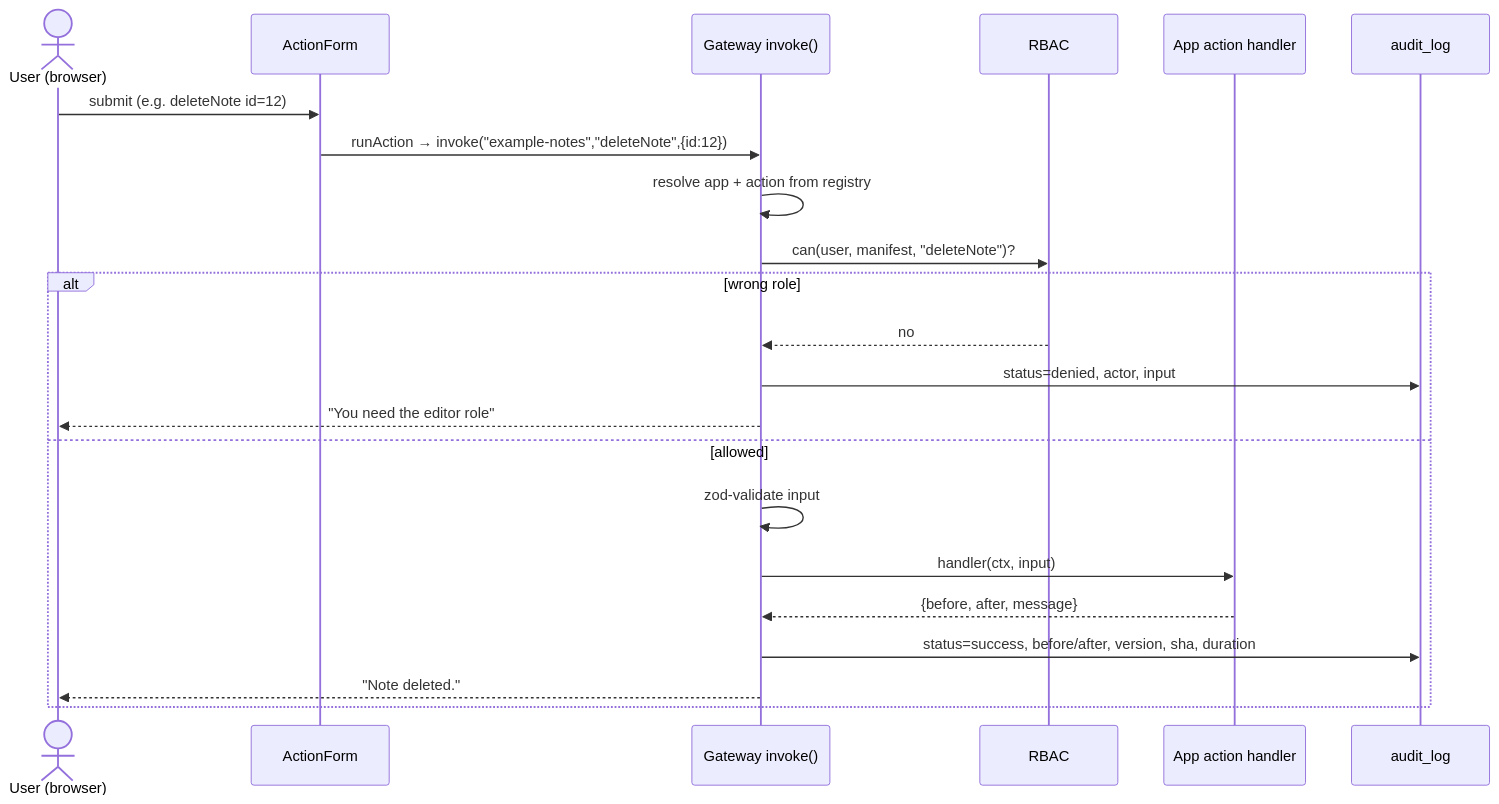
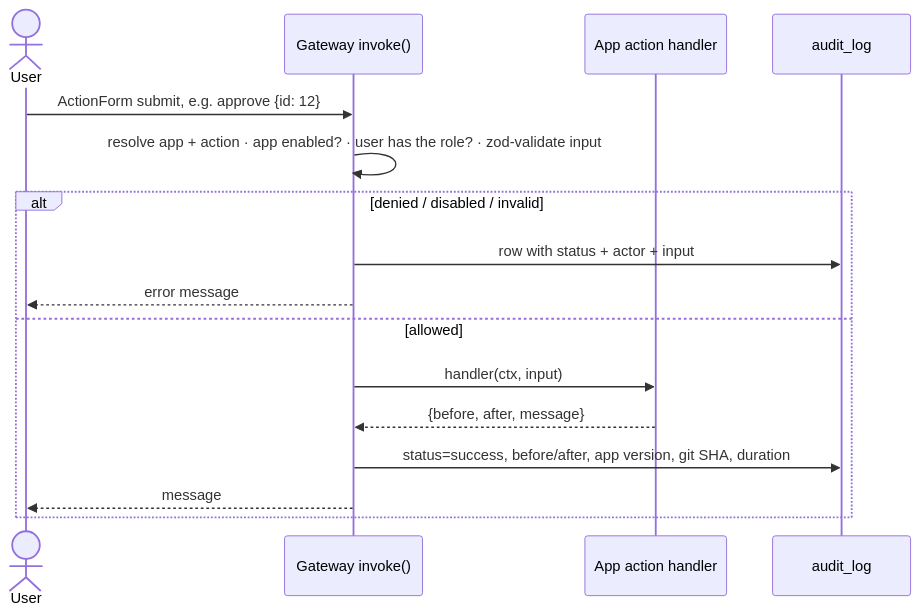
One commit to RishabKalluri/cog_takehome changed the diagram in README.md. Above: the diagram before and after it, drawn with Mermaid. The commit also changed other lines of this file and 1 other file, not shown here.

Commit message:
Condense README: run instructions first, one-line decisions, short app sections

````diff
--- a/README.md
+++ b/README.md
@@ -158,25 +39,18 @@
 ```mermaid
 sequenceDiagram
-  actor U as User (browser)
-  participant F as ActionForm
+  actor U as User
   participant G as Gateway invoke()
-  participant R as RBAC
   participant H as App action handler
   participant L as audit_log
-
-  U->>F: submit (e.g. deleteNote id=12)
-  F->>G: runAction → invoke("example-notes","deleteNote",{id:12})
-  G->>G: resolve app + action from registry
-  G->>R: can(user, manifest, "deleteNote")?
-  alt wrong role
-    R-->>G: no
-    G->>L: status=denied, actor, input
-    G-->>U: "You need the editor role"
+  U->>G: ActionForm submit, e.g. approve {id: 12}
+  G->>G: resolve app + action · app enabled? · user has the role? · zod-validate input
+  alt denied / disabled / invalid
+    G->>L: row with status + actor + input
+    G-->>U: error message
   else allowed
-    G->>G: zod-validate input
     G->>H: handler(ctx, input)
     H-->>G: {before, after, message}
-    G->>L: status=success, before/after, version, sha, duration
-    G-->>U: "Note deleted."
+    G->>L: status=success, before/after, app version, git SHA, duration
+    G-->>U: message
   end
 ```
````
